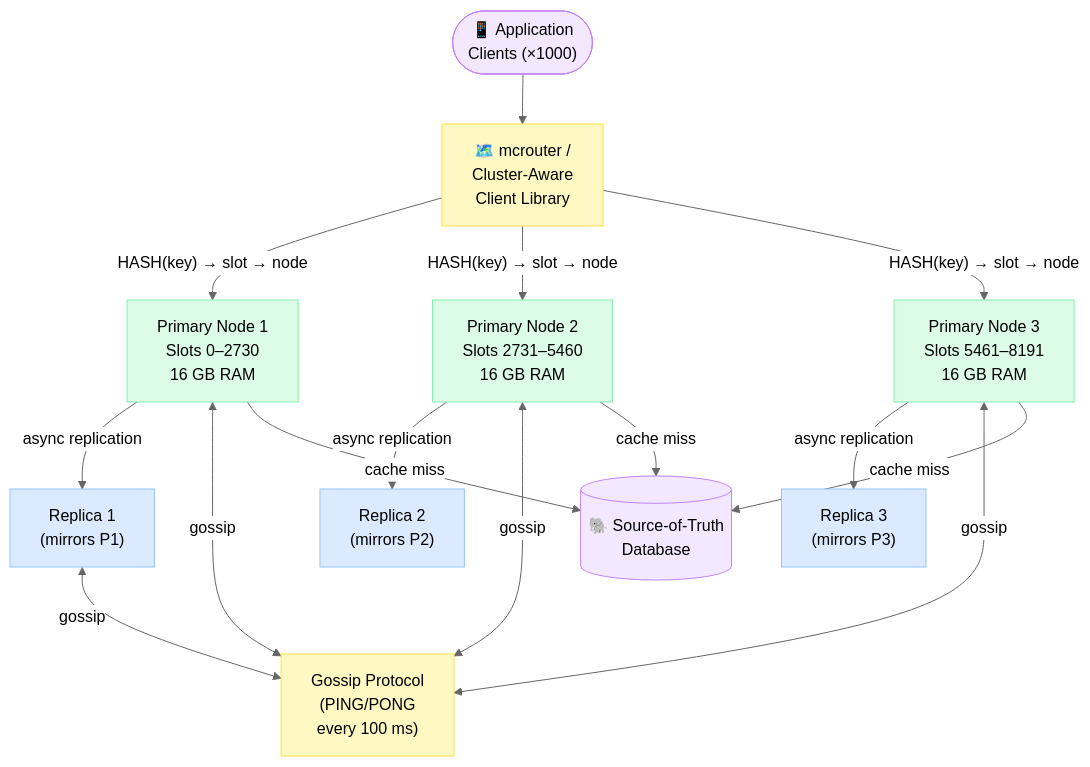
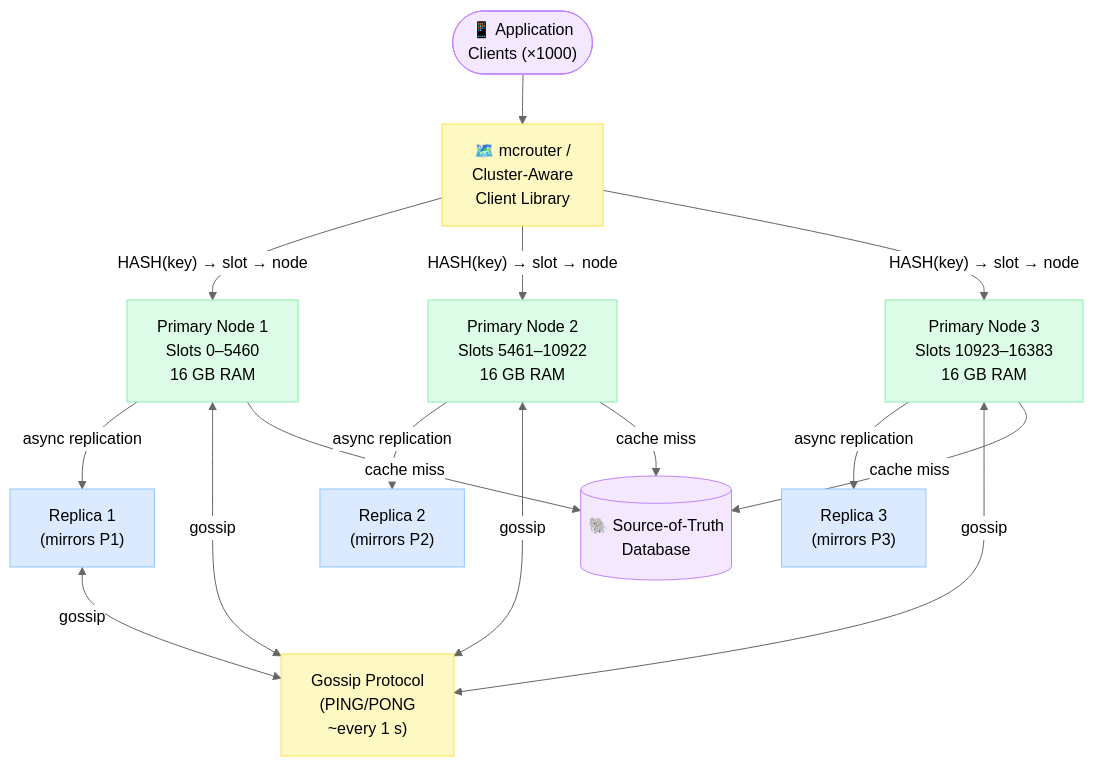
One commit to Ankan1998/learn-system-design changed the second of 5 diagrams in Bonus-Real-World-Architectures/18-Distributed-Cache/README.md. Above: the diagram before and after it, drawn with Mermaid (neutral theme). The commit also changed other lines of this file and 139 other files, not shown here.

````diff
--- a/Bonus-Real-World-Architectures/18-Distributed-Cache/README.md
+++ b/Bonus-Real-World-Architectures/18-Distributed-Cache/README.md
@@ -146,38 +148,38 @@
 ```mermaid
 flowchart TD
     Clients(["📱 Application<br/>Clients (×1000)"])
     Router["🗺️ mcrouter /<br/>Cluster-Aware<br/>Client Library"]
-    P1["Primary Node 1<br/>Slots 0–2730<br/>16 GB RAM"]
-    P2["Primary Node 2<br/>Slots 2731–5460<br/>16 GB RAM"]
-    P3["Primary Node 3<br/>Slots 5461–8191<br/>16 GB RAM"]
+    P1["Primary Node 1<br/>Slots 0–5460<br/>16 GB RAM"]
+    P2["Primary Node 2<br/>Slots 5461–10922<br/>16 GB RAM"]
+    P3["Primary Node 3<br/>Slots 10923–16383<br/>16 GB RAM"]
     R1["Replica 1<br/>(mirrors P1)"]
     R2["Replica 2<br/>(mirrors P2)"]
     R3["Replica 3<br/>(mirrors P3)"]
-    Gossip["Gossip Protocol<br/>(PING/PONG<br/>every 100 ms)"]
+    Gossip["Gossip Protocol<br/>(PING/PONG<br/>~every 1 s)"]
     DB[("🐘 Source-of-Truth<br/>Database")]
 
     Clients --> Router
     Router -->|"HASH(key) → slot → node"| P1
     Router -->|"HASH(key) → slot → node"| P2
     Router -->|"HASH(key) → slot → node"| P3
     P1 -->|"async replication"| R1
     P2 -->|"async replication"| R2
     P3 -->|"async replication"| R3
     P1 <-->|"gossip"| Gossip
     P2 <-->|"gossip"| Gossip
     P3 <-->|"gossip"| Gossip
     R1 <-->|"gossip"| Gossip
     P1 -->|"cache miss"| DB
     P2 -->|"cache miss"| DB
     P3 -->|"cache miss"| DB
 
     classDef primary fill:#dcfce7,stroke:#86efac,color:#000
     classDef replica fill:#dbeafe,stroke:#93c5fd,color:#000
     classDef infra fill:#fef9c3,stroke:#fde047,color:#000
     classDef ext fill:#f3e8ff,stroke:#c084fc,color:#000
 
     class P1,P2,P3 primary
     class R1,R2,R3 replica
     class Router,Gossip infra
     class Clients,DB ext
 ```
````
